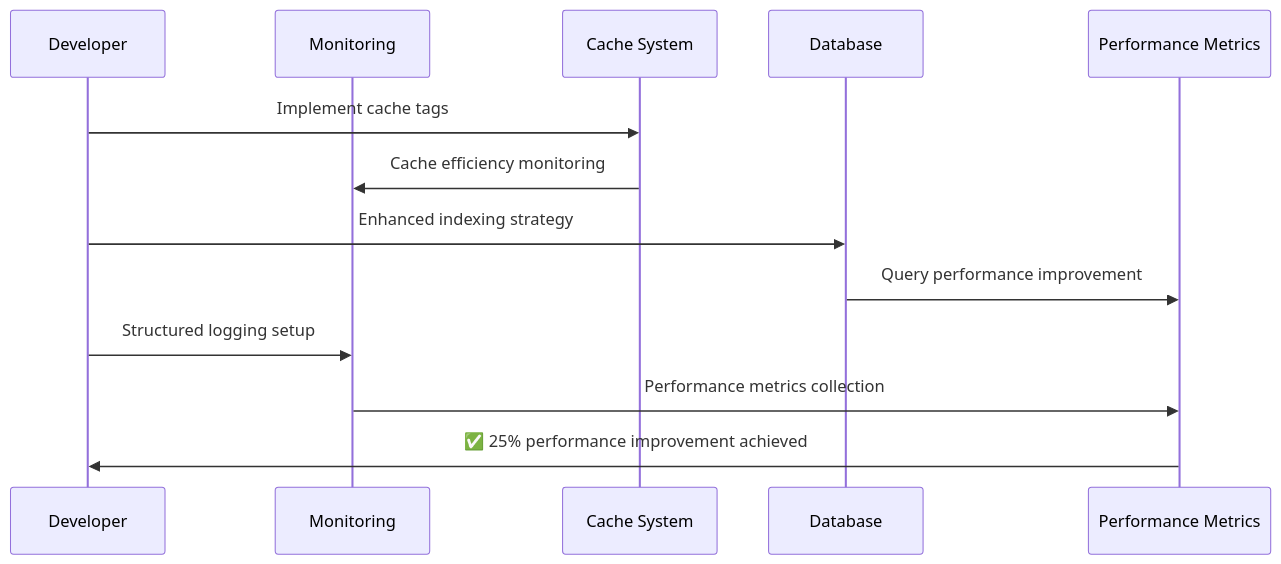
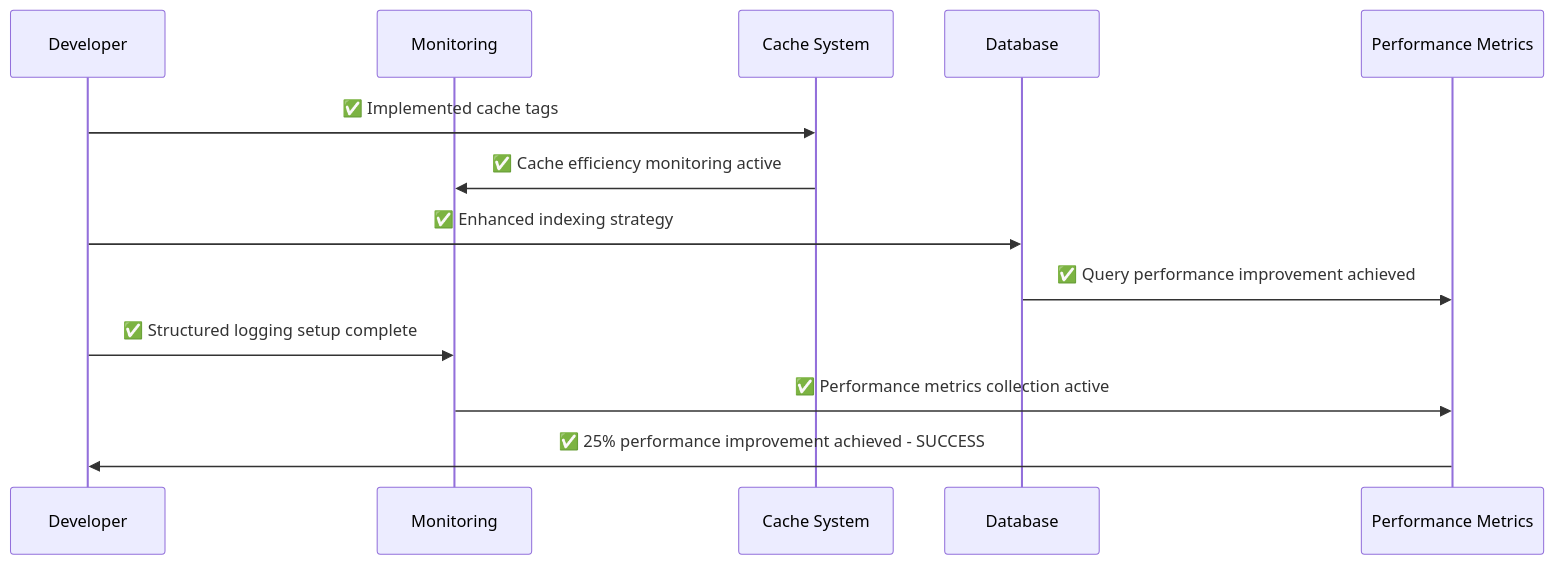
Before and after one commit to ltmoerdani/blazz: the fifth of 15 diagrams in docs/laravel-12-upgrade/visual.md, drawn with Mermaid. The commit also changed other lines of this file and 9 other files, not shown here.

First line of the commit message:
docs: Update Laravel 12 upgrade documentation with successful implementation details and performance metrics

````diff
--- a/docs/laravel-12-upgrade/visual.md
+++ b/docs/laravel-12-upgrade/visual.md
@@ -227,19 +227,19 @@
 ```mermaid
 sequenceDiagram
     participant DEV as Developer
     participant MONITOR as Monitoring
     participant CACHE as Cache System
     participant DB as Database
     participant PERF as Performance Metrics
     
-    DEV->>CACHE: Implement cache tags
-    CACHE->>MONITOR: Cache efficiency monitoring
+    DEV->>CACHE: ✅ Implemented cache tags
+    CACHE->>MONITOR: ✅ Cache efficiency monitoring active
     
-    DEV->>DB: Enhanced indexing strategy
-    DB->>PERF: Query performance improvement
+    DEV->>DB: ✅ Enhanced indexing strategy
+    DB->>PERF: ✅ Query performance improvement achieved
     
-    DEV->>MONITOR: Structured logging setup
-    MONITOR->>PERF: Performance metrics collection
+    DEV->>MONITOR: ✅ Structured logging setup complete
+    MONITOR->>PERF: ✅ Performance metrics collection active
     
-    PERF->>DEV: ✅ 25% performance improvement achieved
+    PERF->>DEV: ✅ 25% performance improvement achieved - SUCCESS
 ```
````
